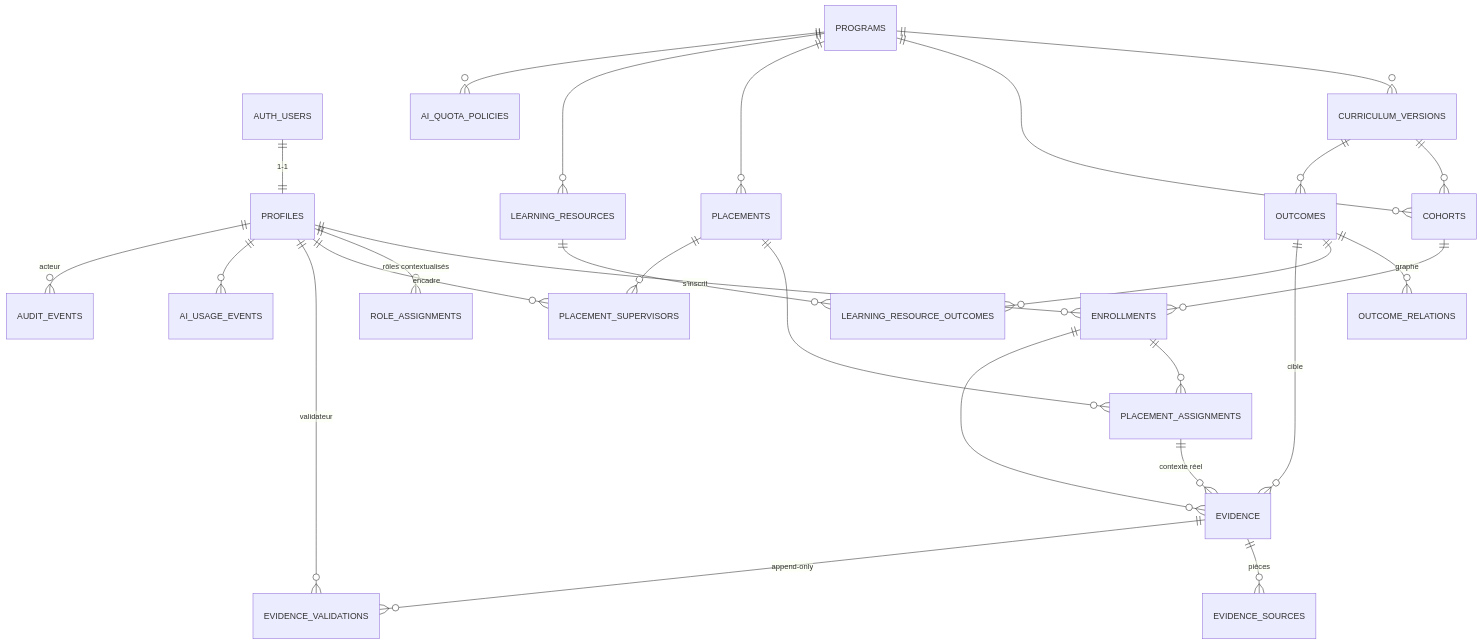
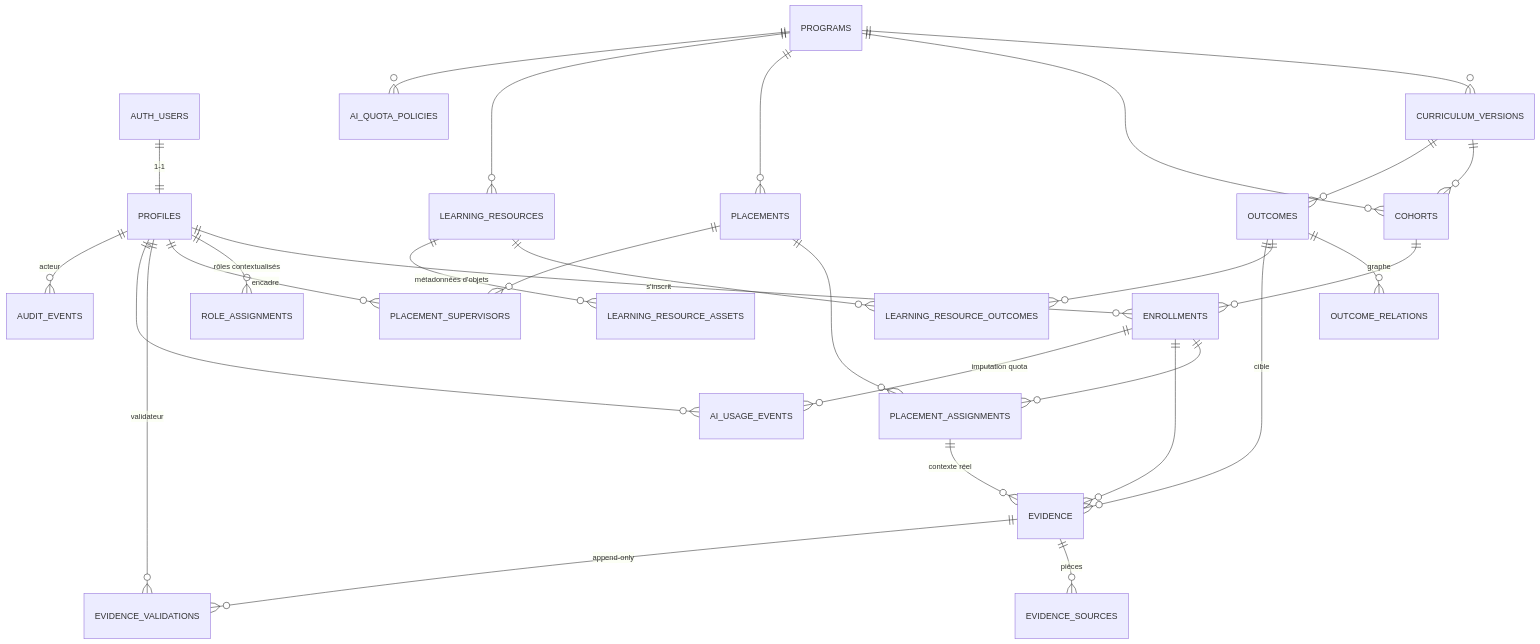
The diagram in docs/database/draft/architecture.md (Stelafitte/medical-progress), drawn with Mermaid before and after one commit. The commit also changed other lines of this file and 1 other file, not shown here.

````diff
--- a/docs/database/draft/architecture.md
+++ b/docs/database/draft/architecture.md
@@ -8,29 +8,31 @@
 ```mermaid
 erDiagram
   AUTH_USERS ||--|| PROFILES : "1-1"
   PROFILES ||--o{ ENROLLMENTS : "s'inscrit"
   PROFILES ||--o{ ROLE_ASSIGNMENTS : "rôles contextualisés"
   PROFILES ||--o{ PLACEMENT_SUPERVISORS : "encadre"
   PROGRAMS ||--o{ CURRICULUM_VERSIONS : ""
   PROGRAMS ||--o{ COHORTS : ""
   PROGRAMS ||--o{ PLACEMENTS : ""
   PROGRAMS ||--o{ LEARNING_RESOURCES : ""
   PROGRAMS ||--o{ AI_QUOTA_POLICIES : ""
   CURRICULUM_VERSIONS ||--o{ COHORTS : ""
   CURRICULUM_VERSIONS ||--o{ OUTCOMES : ""
   OUTCOMES ||--o{ OUTCOME_RELATIONS : "graphe"
   OUTCOMES ||--o{ LEARNING_RESOURCE_OUTCOMES : ""
   LEARNING_RESOURCES ||--o{ LEARNING_RESOURCE_OUTCOMES : ""
+  LEARNING_RESOURCES ||--o{ LEARNING_RESOURCE_ASSETS : "métadonnées d'objets"
   COHORTS ||--o{ ENROLLMENTS : ""
   ENROLLMENTS ||--o{ PLACEMENT_ASSIGNMENTS : ""
   ENROLLMENTS ||--o{ EVIDENCE : ""
   PLACEMENTS ||--o{ PLACEMENT_ASSIGNMENTS : ""
   PLACEMENTS ||--o{ PLACEMENT_SUPERVISORS : ""
   PLACEMENT_ASSIGNMENTS ||--o{ EVIDENCE : "contexte réel"
   OUTCOMES ||--o{ EVIDENCE : "cible"
   EVIDENCE ||--o{ EVIDENCE_SOURCES : "pièces"
   EVIDENCE ||--o{ EVIDENCE_VALIDATIONS : "append-only"
   PROFILES ||--o{ EVIDENCE_VALIDATIONS : "validateur"
   PROFILES ||--o{ AI_USAGE_EVENTS : ""
   PROFILES ||--o{ AUDIT_EVENTS : "acteur"
+  ENROLLMENTS ||--o{ AI_USAGE_EVENTS : "imputation quota"
 ```
````
